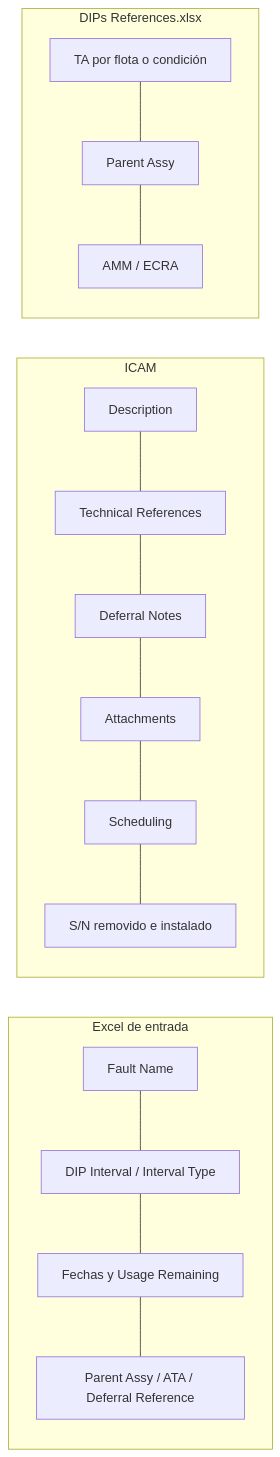
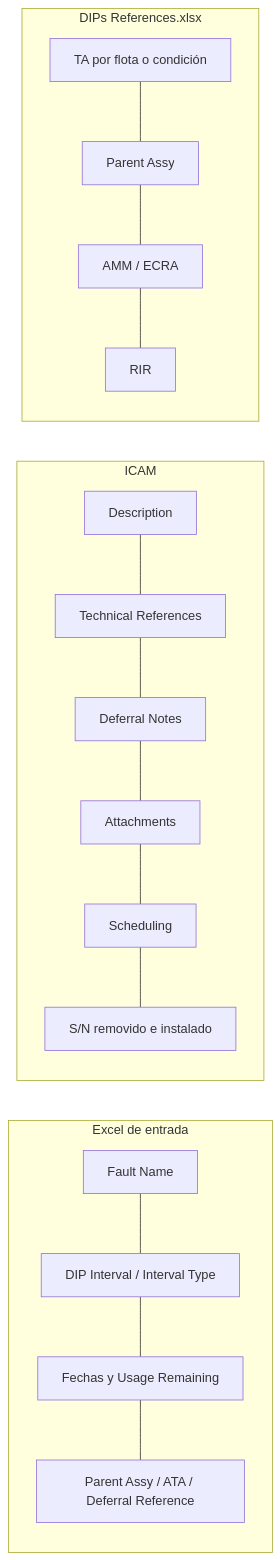
One commit to lviloriabas/dips changed the fifth of 9 diagrams in docs/proceso.md. Above: the diagram before and after it, drawn with Mermaid. The commit also changed other lines of this file and 34 other files, not shown here.

````diff
--- a/docs/proceso.md
+++ b/docs/proceso.md
@@ -69,12 +117,12 @@
 ```mermaid
 flowchart LR
     subgraph X[Excel de entrada]
         X1[Fault Name] --- X2[DIP Interval / Interval Type] --- X3[Fechas y Usage Remaining] --- X4[Parent Assy / ATA / Deferral Reference]
     end
     subgraph I[ICAM]
         I1[Description] --- I2[Technical References] --- I3[Deferral Notes] --- I4[Attachments] --- I5[Scheduling] --- I6[S/N removido e instalado]
     end
     subgraph T[DIPs References.xlsx]
-        T1[TA por flota o condición] --- T2[Parent Assy] --- T3[AMM / ECRA]
+        T1[TA por flota o condición] --- T2[Parent Assy] --- T3[AMM / ECRA] --- T4[RIR]
     end
 ```
````
